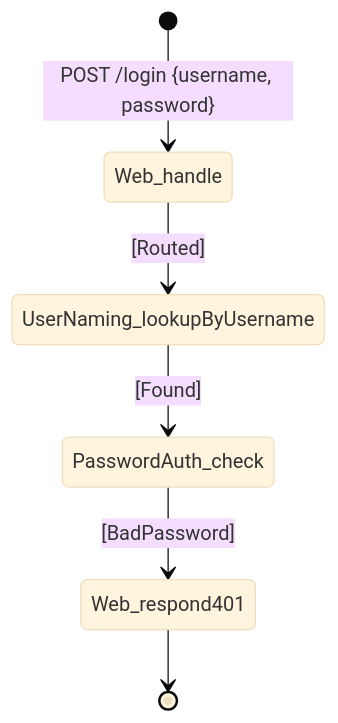
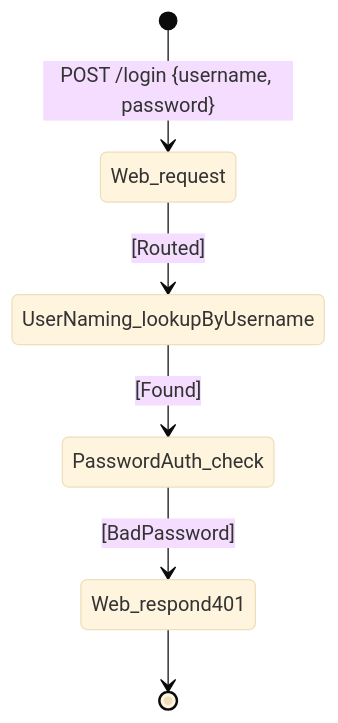
Before and after one commit to abratto/clad: the diagram in features/UC-00-login/stages/01b_chain-table/output/wrong-password-chain.md, drawn with Mermaid (base theme). The commit also changed other lines of this file and 113 other files, not shown here.

````diff
--- a/features/UC-00-login/stages/01b_chain-table/output/wrong-password-chain.md
+++ b/features/UC-00-login/stages/01b_chain-table/output/wrong-password-chain.md
@@ -19,8 +19,8 @@
 ```mermaid
 stateDiagram-v2
-    [*] --> Web_handle : POST /login {username, password}
-    Web_handle --> UserNaming_lookupByUsername : [Routed]
+    [*] --> Web_request : POST /login {username, password}
+    Web_request --> UserNaming_lookupByUsername : [Routed]
     UserNaming_lookupByUsername --> PasswordAuth_check : [Found]
     PasswordAuth_check --> Web_respond401 : [BadPassword]
     Web_respond401 --> [*]
 ```
````
